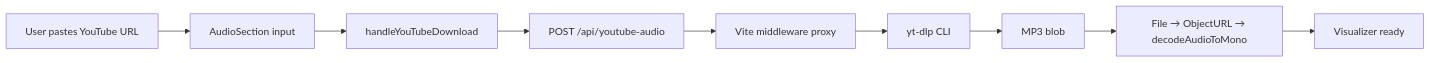
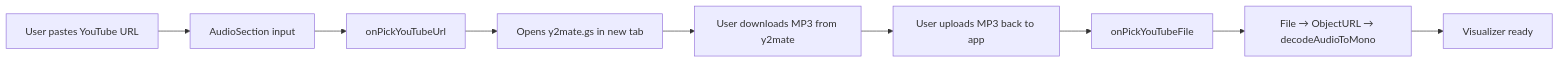
The first of 2 diagrams in AGENTS.md (VictorJimenezM/GeneradorVideoWave), drawn with Mermaid before and after one commit. The commit also changed other lines of this file and 4 other files, not shown here.

Commit message:
bump v1.13.0 — YouTube download via y2mate + manual upload, remove yt-dlp proxy

````diff
--- a/AGENTS.md
+++ b/AGENTS.md
@@ -148,11 +149,11 @@
 ```mermaid
 flowchart LR
     A[User pastes YouTube URL] --> B[AudioSection input]
-    B --> C[handleYouTubeDownload]
-    C --> D[POST /api/youtube-audio]
-    D --> E[Vite middleware proxy]
-    E --> F[yt-dlp CLI]
-    F --> G[MP3 blob]
+    B --> C[onPickYouTubeUrl]
+    C --> D[Opens y2mate.gs in new tab]
+    D --> E[User downloads MP3 from y2mate]
+    E --> F[User uploads MP3 back to app]
+    F --> G[onPickYouTubeFile]
     G --> H[File → ObjectURL → decodeAudioToMono]
     H --> I[Visualizer ready]
 ```
````
